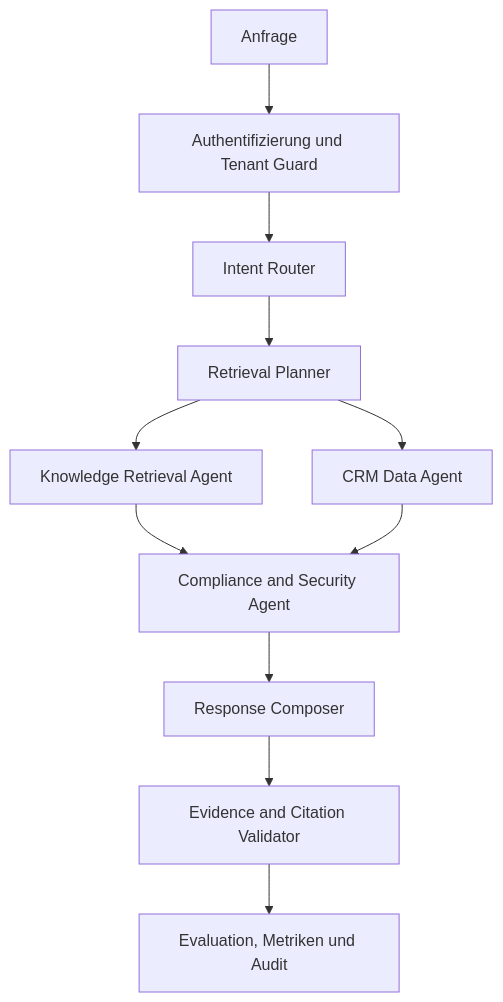
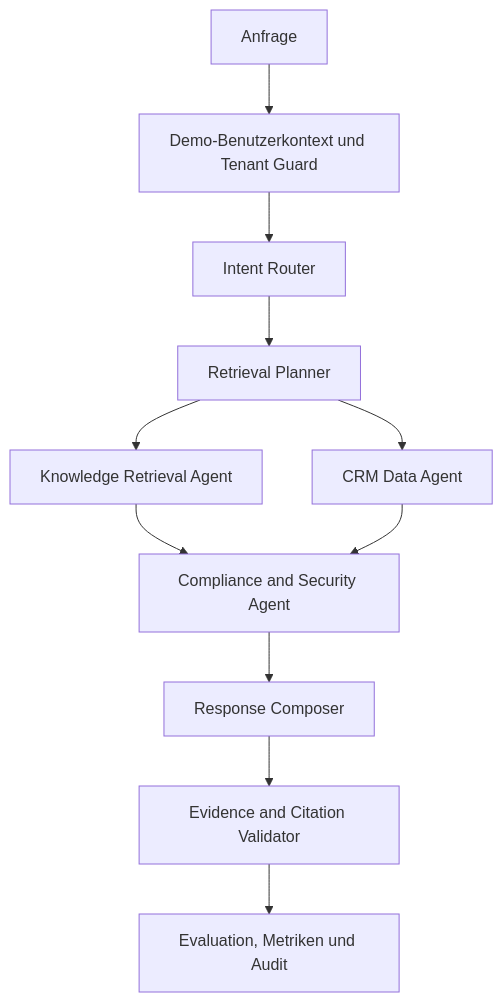
Before and after one commit to ghostvenumai/ragops-enterprise-copilot: the diagram in README.md, drawn with Mermaid. The commit also changed other lines of this file and 10 other files, not shown here.

First line of the commit message:
docs(productization): document production operation and architecture

````diff
--- a/README.md
+++ b/README.md
@@ -55,13 +65,13 @@
 ```mermaid
 flowchart TD
-    A[Anfrage] --> B[Authentifizierung und Tenant Guard]
+    A[Anfrage] --> B[Demo-Benutzerkontext und Tenant Guard]
     B --> C[Intent Router]
     C --> D[Retrieval Planner]
     D --> E[Knowledge Retrieval Agent]
     D --> F[CRM Data Agent]
     E --> G[Compliance and Security Agent]
     F --> G
     G --> H[Response Composer]
     H --> I[Evidence and Citation Validator]
     I --> J[Evaluation, Metriken und Audit]
 ```
````
